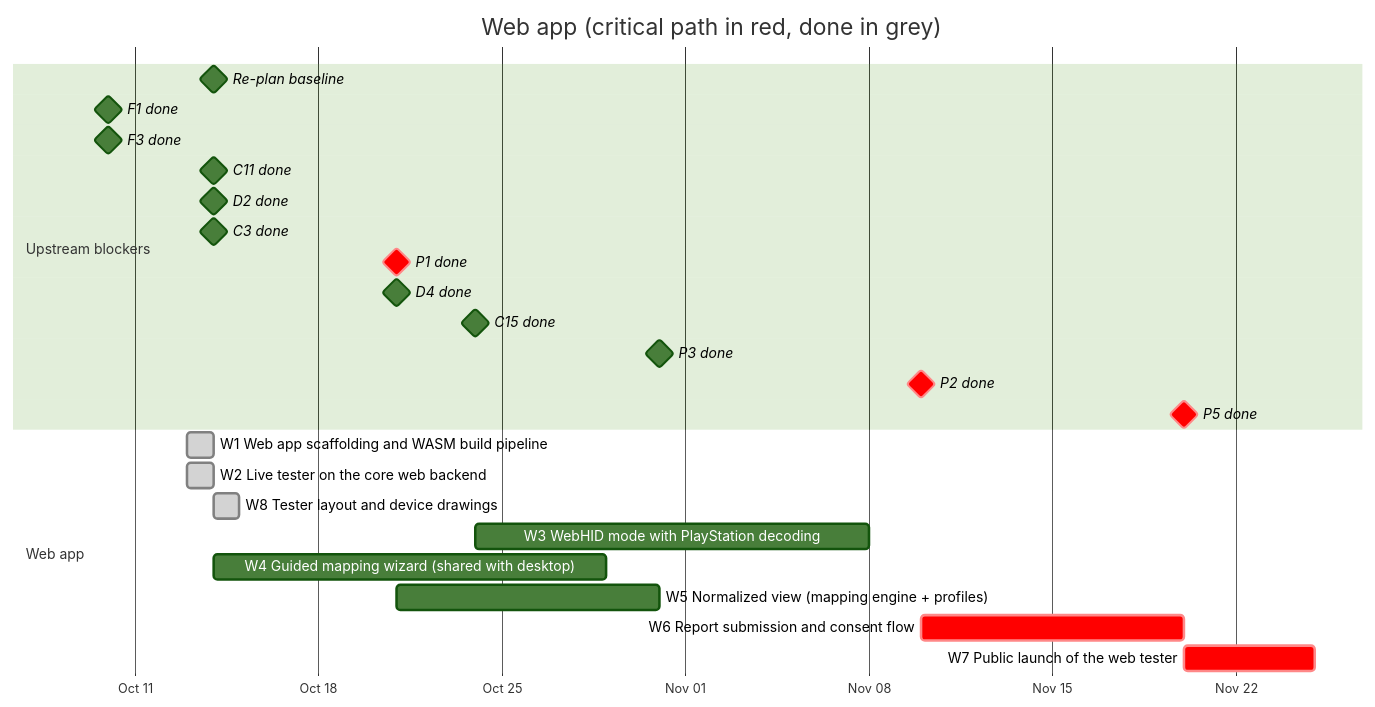
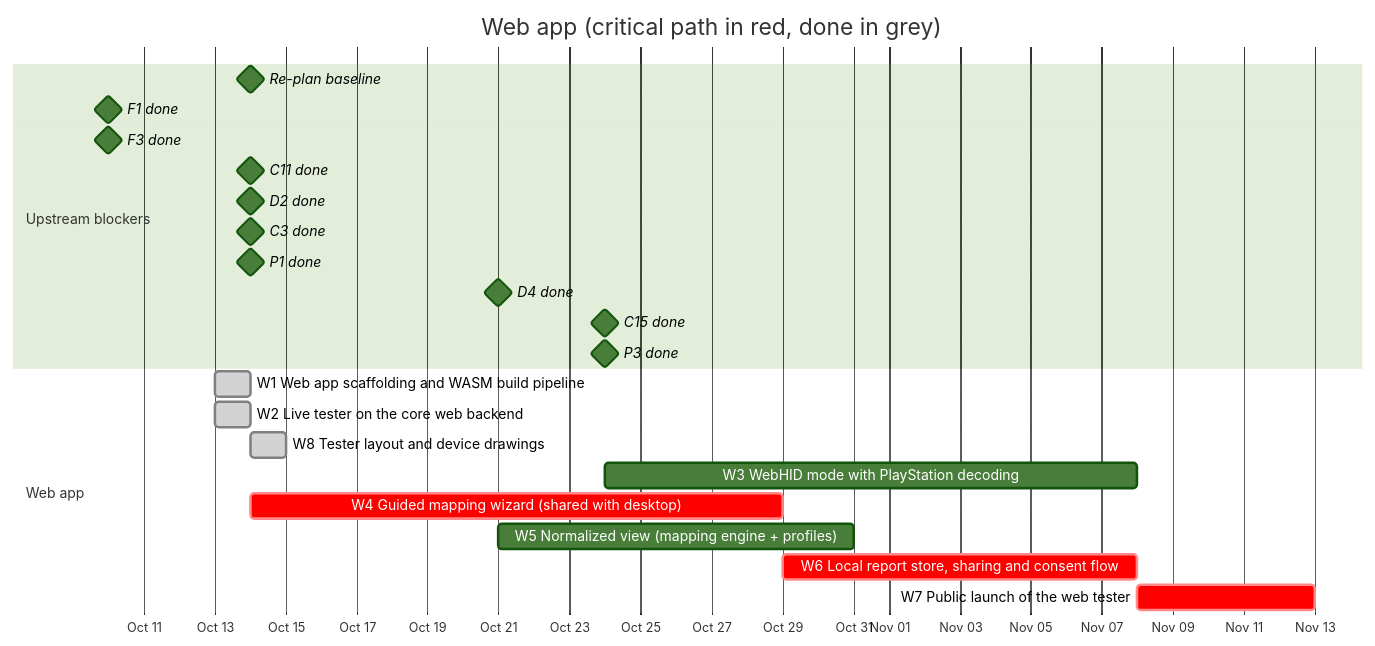
One commit to anygamepad/anygamepad.github.io changed the diagram in ROADMAP/2026-10-14/04-web-app.md. Above: the diagram before and after it, drawn with Mermaid (forest theme). The commit also changed other lines of this file and 7 other files, not shown here.

First line of the commit message:
Roadmap 2026-10-14: re-plan around ADR 0007, P1 done

````diff
--- a/ROADMAP/2026-10-14/04-web-app.md
+++ b/ROADMAP/2026-10-14/04-web-app.md
@@ -19,28 +21,26 @@
 ```mermaid
 gantt
     dateFormat YYYY-MM-DD
     axisFormat %b %d
     title Web app (critical path in red, done in grey)
     section Upstream blockers
     Re-plan baseline :milestone, t0, 2026-10-14, 0d
     F1 done :milestone, f1, 2026-10-10, 0d
     F3 done :milestone, f3, 2026-10-10, 0d
     C11 done :milestone, c11, 2026-10-14, 0d
     D2 done :milestone, d2, 2026-10-14, 0d
     C3 done :milestone, c3, 2026-10-14, 0d
-    P1 done :milestone, crit, p1, 2026-10-21, 0d
+    P1 done :milestone, p1, 2026-10-14, 0d
     D4 done :milestone, d4, 2026-10-21, 0d
     C15 done :milestone, c15, 2026-10-24, 0d
-    P3 done :milestone, p3, 2026-10-31, 0d
-    P2 done :milestone, crit, p2, 2026-11-10, 0d
-    P5 done :milestone, crit, p5, 2026-11-20, 0d
+    P3 done :milestone, p3, 2026-10-24, 0d
     section Web app
     W1 Web app scaffolding and WASM build pipeline :done, w1, 2026-10-13, 1d
     W2 Live tester on the core web backend :done, w2, 2026-10-13, 1d
     W8 Tester layout and device drawings :done, w8, 2026-10-14, 1d
     W3 WebHID mode with PlayStation decoding :w3, after w2 c15 w8, 15d
-    W4 Guided mapping wizard (shared with desktop) :w4, after w2 t0, 15d
+    W4 Guided mapping wizard (shared with desktop) :crit, w4, after w2 t0, 15d
     W5 Normalized view (mapping engine + profiles) :w5, after w2 c3 d2 d4, 10d
-    W6 Report submission and consent flow :crit, w6, after w4 p1 p2 p3, 10d
-    W7 Public launch of the web tester :crit, w7, after w5 w6 p5, 5d
+    W6 Local report store, sharing and consent flow :crit, w6, after w4 p1 p3, 10d
+    W7 Public launch of the web tester :crit, w7, after w5 w6, 5d
 ```
````
